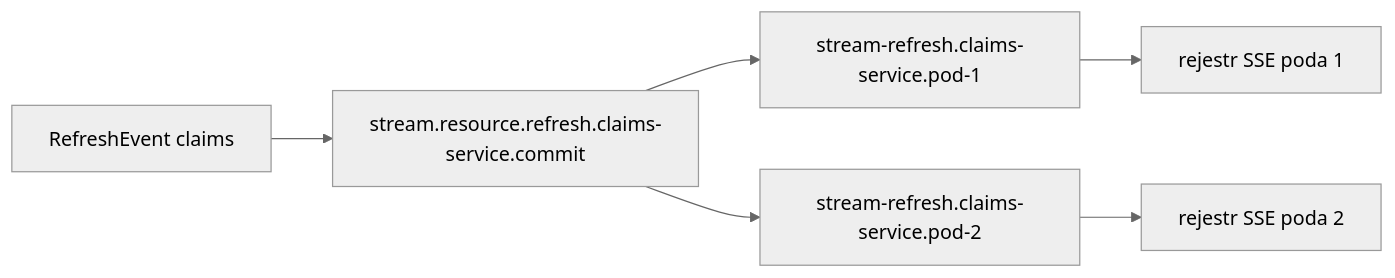
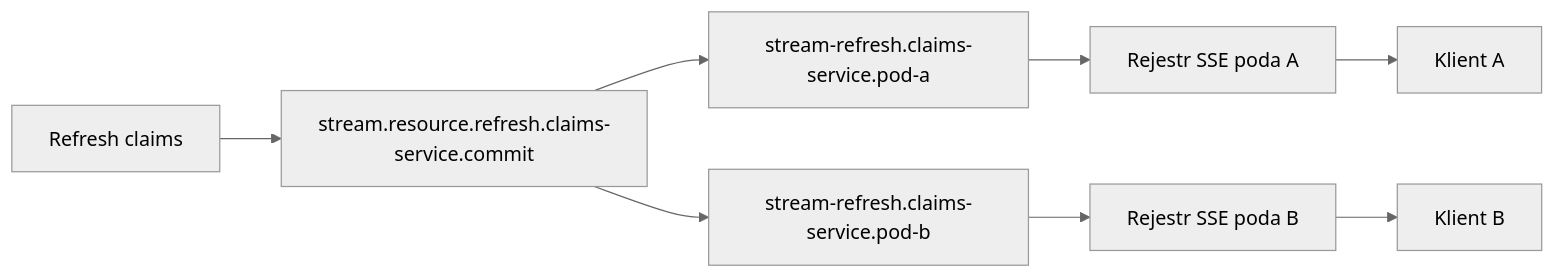
One commit to KNOSERO/core_java_ravcube changed the second of 2 diagrams in docs/libraries/stream.md. Above: the diagram before and after it, drawn with Mermaid (neutral theme). The commit also changed other lines of this file, not shown here.

Commit message:
Document stream behavior and boundaries

````diff
--- a/docs/libraries/stream.md
+++ b/docs/libraries/stream.md
@@ -92,8 +136,10 @@
-```mermaid
+~~~mermaid
 graph LR
-  Event[RefreshEvent claims] --> Topic[stream.resource.refresh.claims-service.commit]
-  Topic --> GroupA[stream-refresh.claims-service.pod-1]
-  Topic --> GroupB[stream-refresh.claims-service.pod-2]
-  GroupA --> RegistryA[rejestr SSE poda 1]
-  GroupB --> RegistryB[rejestr SSE poda 2]
-```
+    Event[Refresh claims] --> Topic[stream.resource.refresh.claims-service.commit]
+    Topic --> GroupA[stream-refresh.claims-service.pod-a]
+    Topic --> GroupB[stream-refresh.claims-service.pod-b]
+    GroupA --> RegistryA[Rejestr SSE poda A]
+    GroupB --> RegistryB[Rejestr SSE poda B]
+    RegistryA --> ClientA[Klient A]
+    RegistryB --> ClientB[Klient B]
+~~~
````
